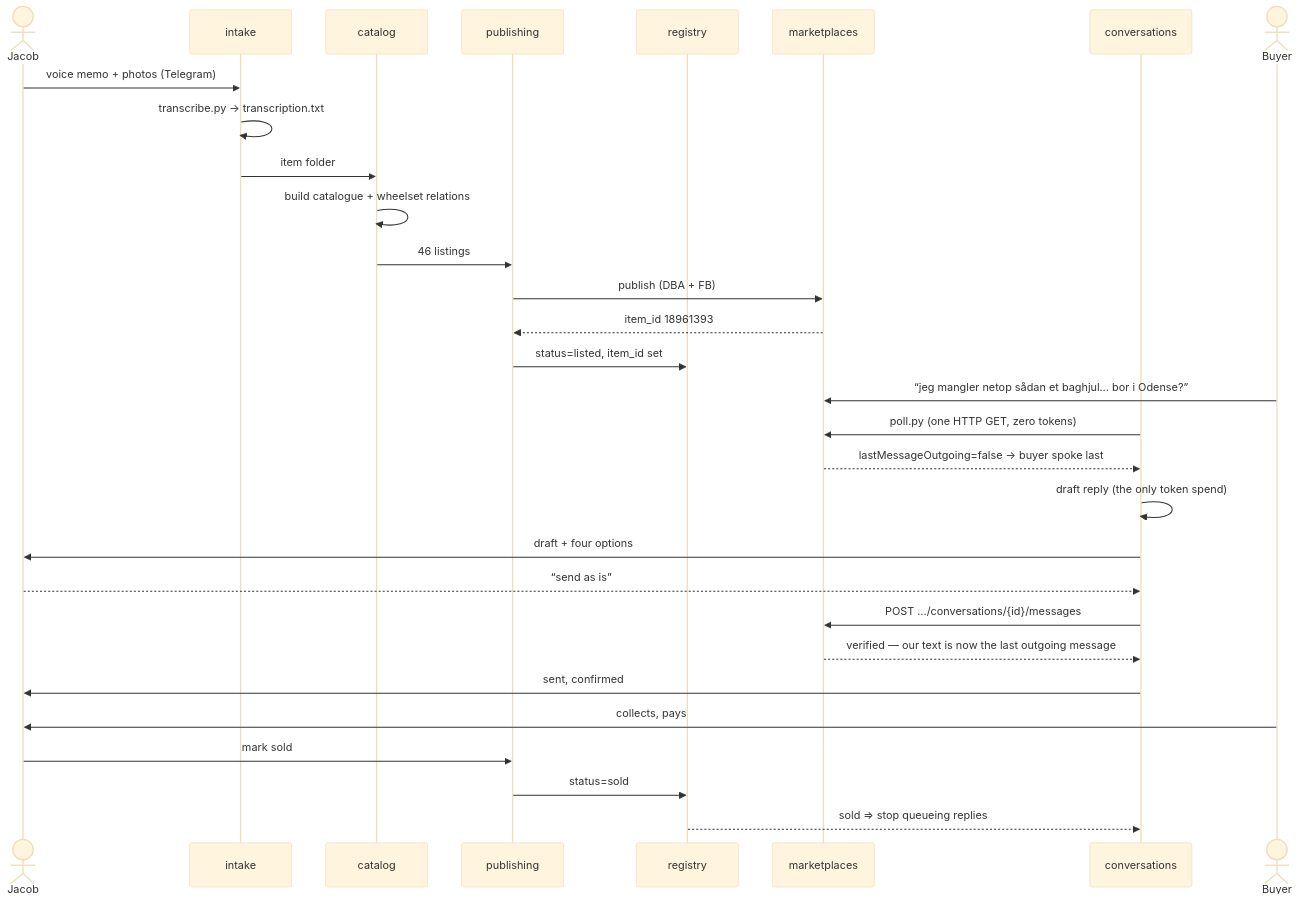
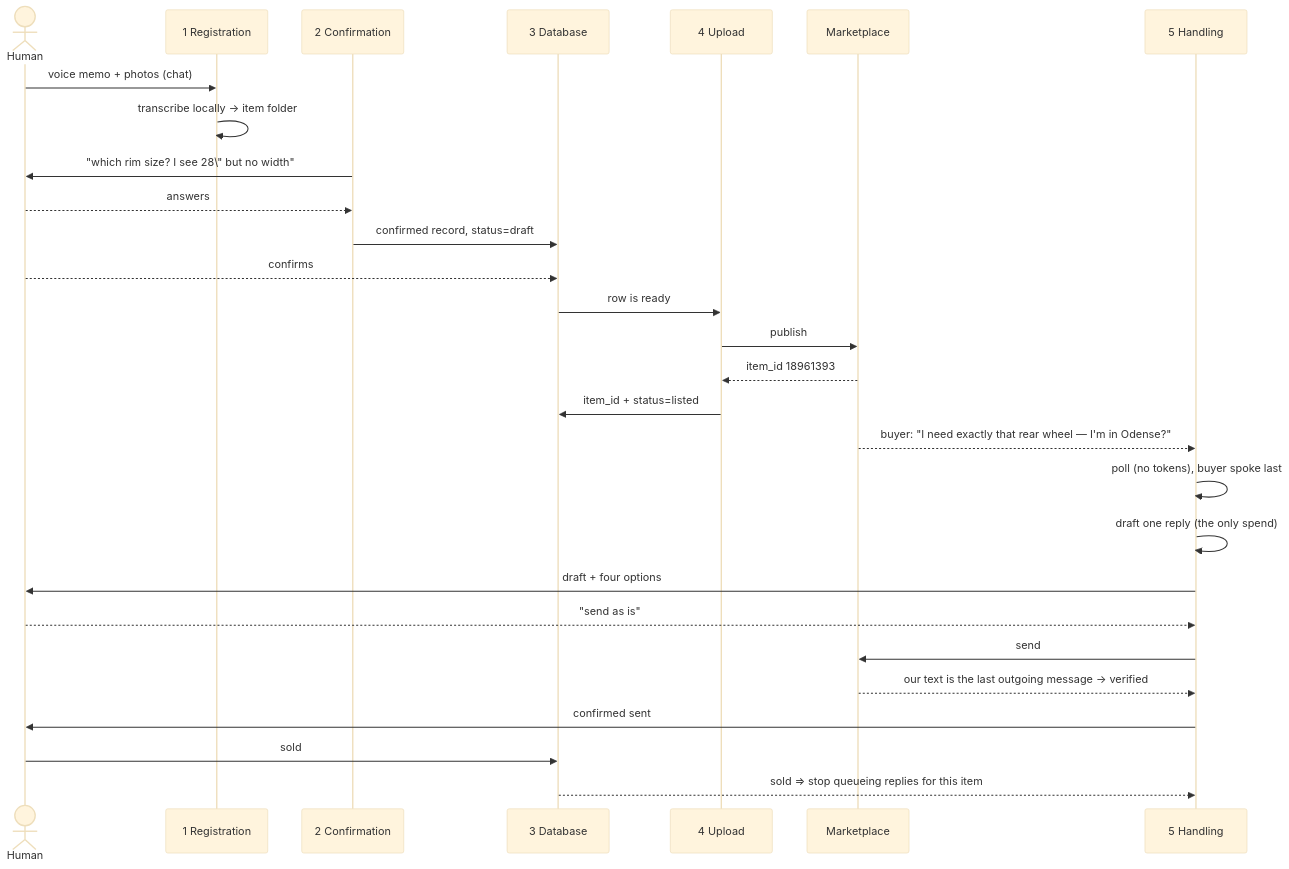
One commit to Dorten8/secondhand-ops changed the seventh of 7 diagrams in docs/architecture.md. Above: the diagram before and after it, drawn with Mermaid (base theme). The commit also changed other lines of this file and 1 other file, not shown here.

First line of the commit message:
docs(architecture): five stages, generic top diagram, one sub-diagram per border

````diff
--- a/docs/architecture.md
+++ b/docs/architecture.md
@@ -161,35 +255,33 @@
 ```mermaid
 sequenceDiagram
-    actor J as Jacob
-    participant I as intake
-    participant C as catalog
-    participant P as publishing
-    participant R as registry
-    participant M as marketplaces
-    participant V as conversations
-    actor B as Buyer
+    actor J as Human
+    participant R as 1 Registration
+    participant C as 2 Confirmation
+    participant D as 3 Database
+    participant U as 4 Upload
+    participant M as Marketplace
+    participant H as 5 Handling
 
-    J->>I: voice memo + photos (Telegram)
-    I->>I: transcribe.py → transcription.txt
-    I->>C: item folder
-    C->>C: build catalogue + wheelset relations
-    C->>P: 46 listings
-    P->>M: publish (DBA + FB)
-    M-->>P: item_id 18961393
-    P->>R: status=listed, item_id set
+    J->>R: voice memo + photos (chat)
+    R->>R: transcribe locally → item folder
+    C->>J: "which rim size? I see 28\" but no width"
+    J-->>C: answers
+    C->>D: confirmed record, status=draft
+    J-->>D: confirms
+    D->>U: row is ready
+    U->>M: publish
+    M-->>U: item_id 18961393
+    U->>D: item_id + status=listed
 
-    B->>M: “jeg mangler netop sådan et baghjul… bor i Odense?”
-    V->>M: poll.py (one HTTP GET, zero tokens)
-    M-->>V: lastMessageOutgoing=false → buyer spoke last
-    V->>V: draft reply (the only token spend)
-    V->>J: draft + four options
-    J-->>V: “send as is”
-    V->>M: POST …/conversations/{id}/messages
-    M-->>V: verified — our text is now the last outgoing message
-    V->>J: sent, confirmed
+    M-->>H: buyer: "I need exactly that rear wheel — I'm in Odense?"
+    H->>H: poll (no tokens), buyer spoke last
+    H->>H: draft one reply (the only spend)
+    H->>J: draft + four options
+    J-->>H: "send as is"
+    H->>M: send
+    M-->>H: our text is the last outgoing message → verified
+    H->>J: confirmed sent
 
-    B->>J: collects, pays
-    J->>P: mark sold
-    P->>R: status=sold
-    R-->>V: sold ⇒ stop queueing replies
+    J->>D: sold
+    D-->>H: sold ⇒ stop queueing replies for this item
 ```
````
